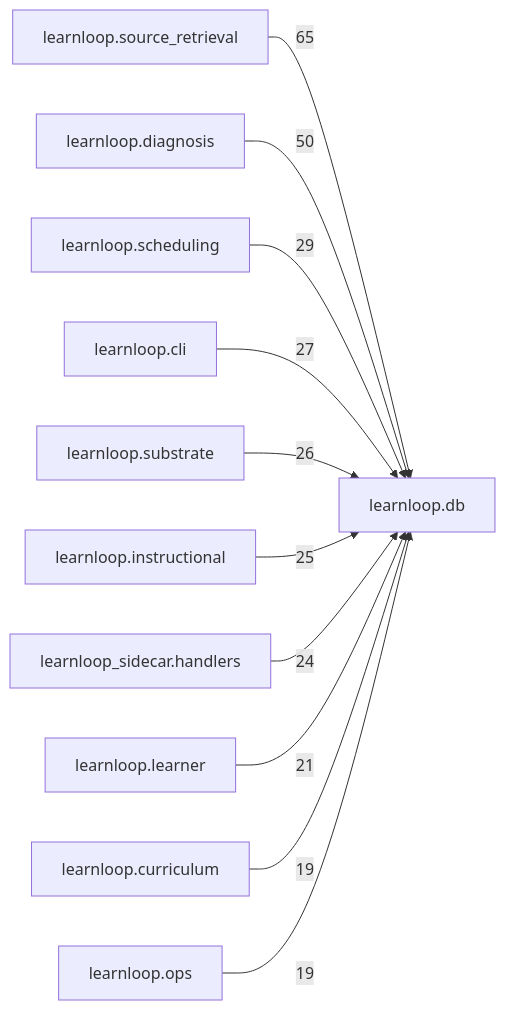
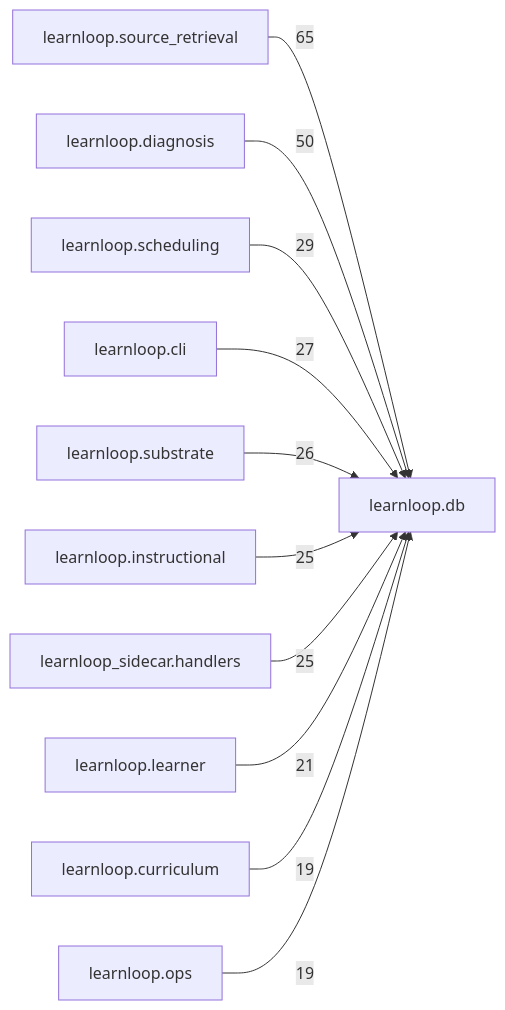
Before and after one commit to 6up-b/learnanything: the diagram in docs/learnloop-architecture-vault/Reference/Modules/learnloop/db/_package.md, drawn with Mermaid. The commit also changed other lines of this file and 585 other files, not shown here.

````diff
--- a/docs/learnloop-architecture-vault/Reference/Modules/learnloop/db/_package.md
+++ b/docs/learnloop-architecture-vault/Reference/Modules/learnloop/db/_package.md
@@ -139,24 +139,24 @@
 ```mermaid
 flowchart LR
     center["learnloop.db"]
     n_learnloop_source_retrieval["learnloop.source_retrieval"]
     n_learnloop_diagnosis["learnloop.diagnosis"]
     n_learnloop_scheduling["learnloop.scheduling"]
     n_learnloop_cli["learnloop.cli"]
     n_learnloop_substrate["learnloop.substrate"]
     n_learnloop_instructional["learnloop.instructional"]
     n_learnloop_sidecar_handlers["learnloop_sidecar.handlers"]
     n_learnloop_learner["learnloop.learner"]
     n_learnloop_curriculum["learnloop.curriculum"]
     n_learnloop_ops["learnloop.ops"]
     n_learnloop_source_retrieval -->|65| center
     n_learnloop_diagnosis -->|50| center
     n_learnloop_scheduling -->|29| center
     n_learnloop_cli -->|27| center
     n_learnloop_substrate -->|26| center
     n_learnloop_instructional -->|25| center
-    n_learnloop_sidecar_handlers -->|24| center
+    n_learnloop_sidecar_handlers -->|25| center
     n_learnloop_learner -->|21| center
     n_learnloop_curriculum -->|19| center
     n_learnloop_ops -->|19| center
 ```
````
